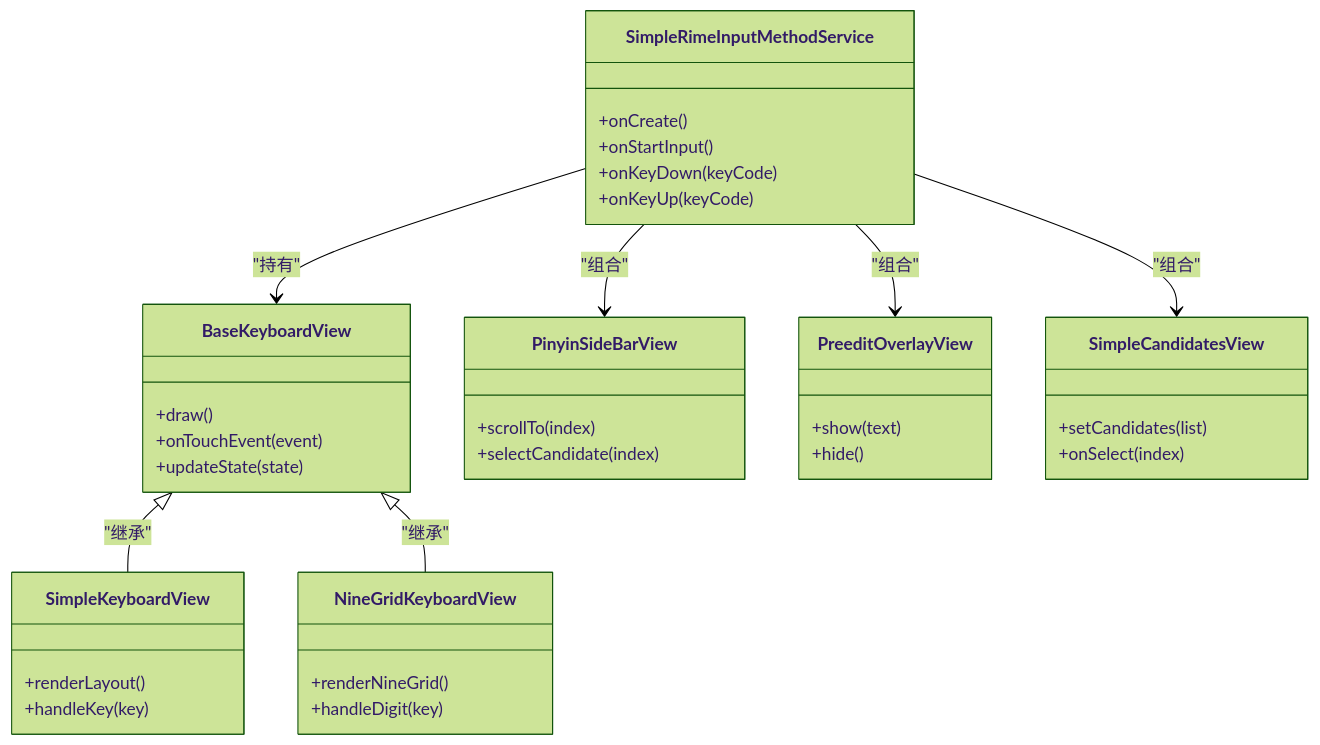
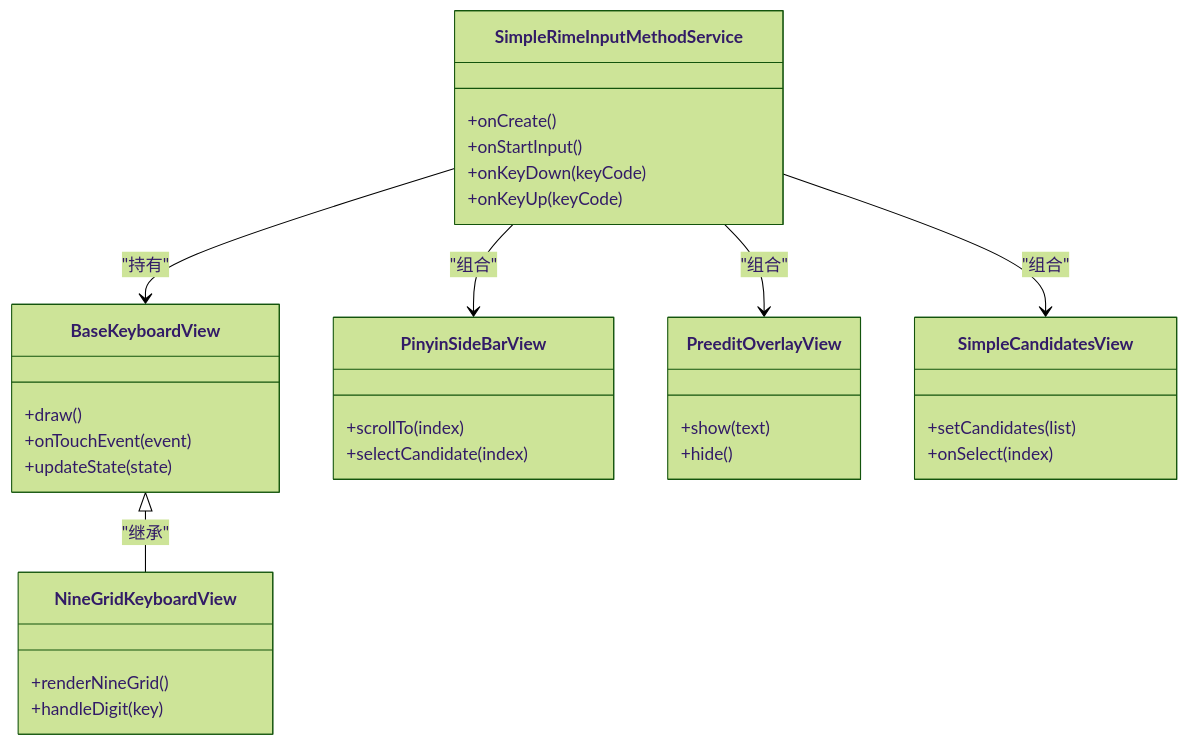
Before and after one commit to qiaodashaoye/ziyou-ime: the third of 8 diagrams in .qoder/repowiki/zh/content/项目概览/架构概览.md, drawn with Mermaid (forest theme). The commit also changed other lines of this file and 11 other files, not shown here.

````diff
--- a/.qoder/repowiki/zh/content/项目概览/架构概览.md
+++ b/.qoder/repowiki/zh/content/项目概览/架构概览.md
@@ -195,40 +205,35 @@
 ```mermaid
 classDiagram
 class SimpleRimeInputMethodService {
 +onCreate()
 +onStartInput()
 +onKeyDown(keyCode)
 +onKeyUp(keyCode)
 }
 class BaseKeyboardView {
 +draw()
 +onTouchEvent(event)
 +updateState(state)
-}
-class SimpleKeyboardView {
-+renderLayout()
-+handleKey(key)
 }
 class NineGridKeyboardView {
 +renderNineGrid()
 +handleDigit(key)
 }
 class PinyinSideBarView {
 +scrollTo(index)
 +selectCandidate(index)
 }
 class PreeditOverlayView {
 +show(text)
 +hide()
 }
 class SimpleCandidatesView {
 +setCandidates(list)
 +onSelect(index)
 }
 SimpleRimeInputMethodService --> BaseKeyboardView : "持有"
-BaseKeyboardView <|-- SimpleKeyboardView : "继承"
 BaseKeyboardView <|-- NineGridKeyboardView : "继承"
 SimpleRimeInputMethodService --> PinyinSideBarView : "组合"
 SimpleRimeInputMethodService --> PreeditOverlayView : "组合"
 SimpleRimeInputMethodService --> SimpleCandidatesView : "组合"
 ```
````
